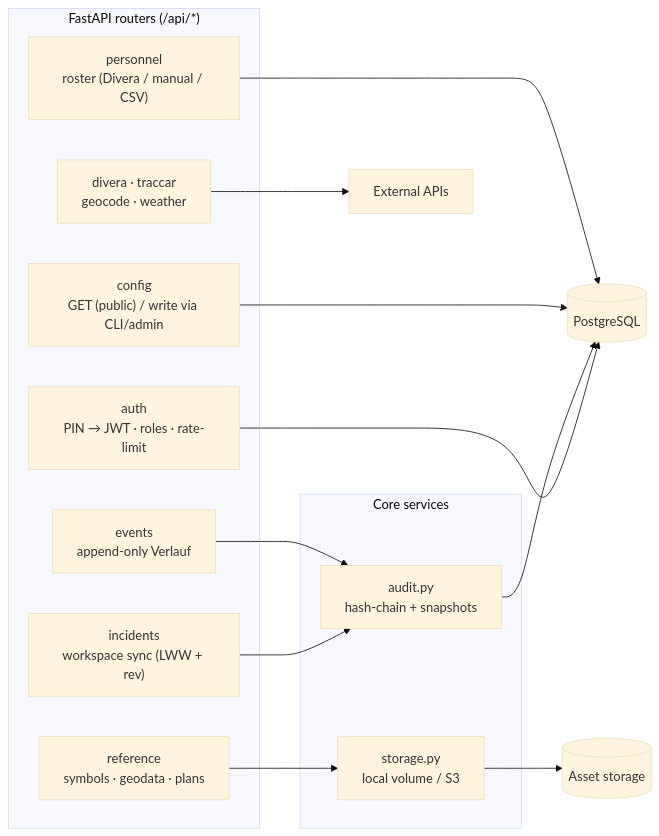
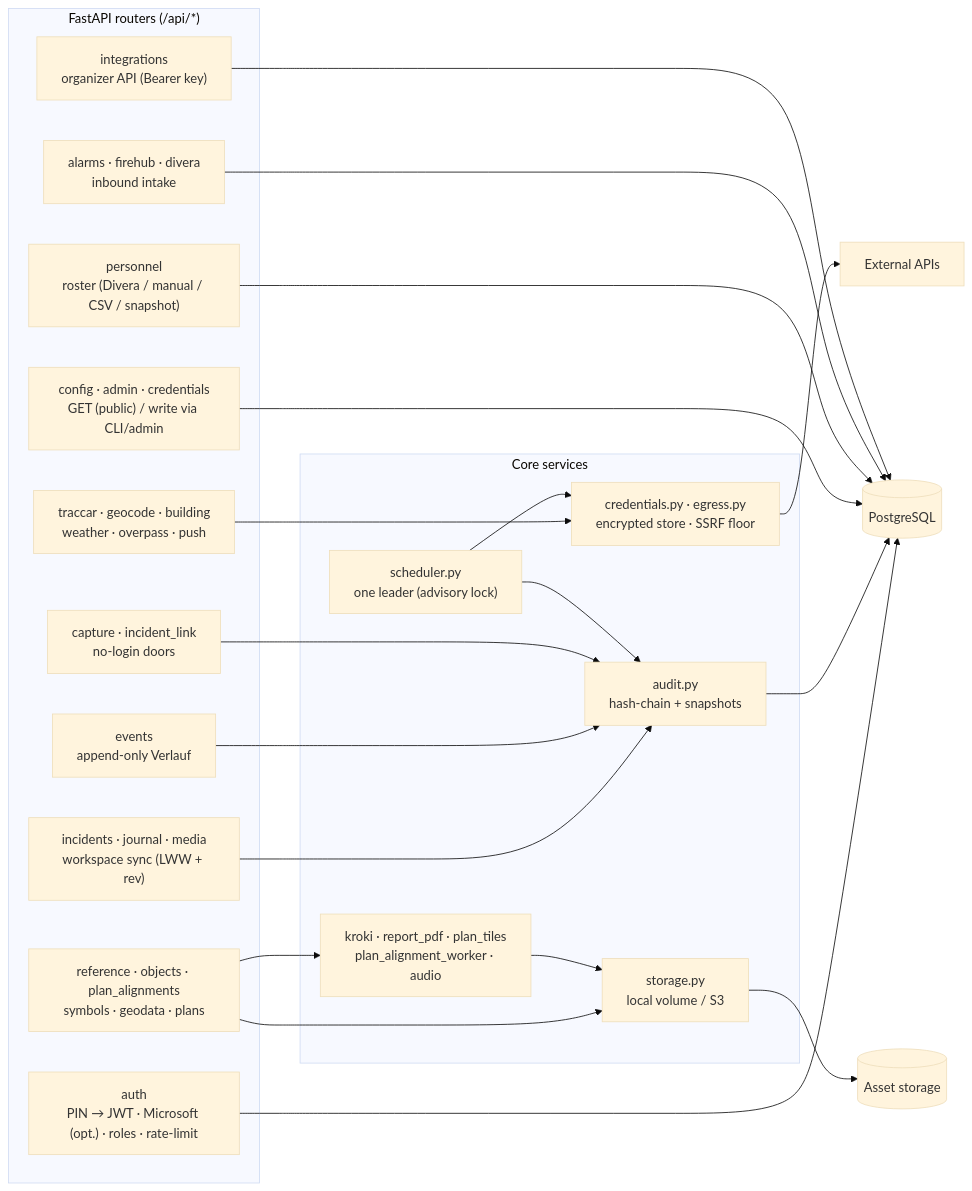
The second of 5 diagrams in docs/ARCHITECTURE.md (feuerwehr-oberwil/kp-front), drawn with Mermaid (base theme) before and after one commit. The commit also changed other lines of this file and 4 other files, not shown here.

First line of the commit message:
docs(architecture): add a one-page overview drawing and bring ARCHITECTURE.md up to date

````diff
--- a/docs/ARCHITECTURE.md
+++ b/docs/ARCHITECTURE.md
@@ -74,29 +120,41 @@
 ```mermaid
 flowchart LR
   subgraph EDGE["FastAPI routers (/api/*)"]
-    AUTH["auth<br/>PIN → JWT · roles · rate-limit"]
-    INC["incidents<br/>workspace sync (LWW + rev)"]
+    AUTH["auth<br/>PIN → JWT · Microsoft (opt.) · roles · rate-limit"]
+    INC["incidents · journal · media<br/>workspace sync (LWW + rev)"]
     EVT["events<br/>append-only Verlauf"]
-    CFG["config<br/>GET (public) / write via CLI/admin"]
-    REF["reference<br/>symbols · geodata · plans"]
-    PERS["personnel<br/>roster (Divera / manual / CSV)"]
-    INTEG["divera · traccar<br/>geocode · weather"]
+    CFG["config · admin · credentials<br/>GET (public) / write via CLI/admin"]
+    REF["reference · objects · plan_alignments<br/>symbols · geodata · plans"]
+    PERS["personnel<br/>roster (Divera / manual / CSV / snapshot)"]
+    INTAKE["alarms · firehub · divera<br/>inbound intake"]
+    DOORS["capture · incident_link<br/>no-login doors"]
+    ORGAPI["integrations<br/>organizer API (Bearer key)"]
+    PROXY["traccar · geocode · building<br/>weather · overpass · push"]
   end
 
   subgraph CORE["Core services"]
     AUD["audit.py<br/>hash-chain + snapshots"]
     STG["storage.py<br/>local volume / S3"]
+    REND["kroki · report_pdf · plan_tiles<br/>plan_alignment_worker · audio"]
+    CRED["credentials.py · egress.py<br/>encrypted store · SSRF floor"]
+    SCHED["scheduler.py<br/>one leader (advisory lock)"]
   end
 
   DB[("PostgreSQL")]
   FILES[("Asset storage")]
   EXTSVC["External APIs"]
 
   AUTH --> DB
   INC --> AUD --> DB
   EVT --> AUD
   CFG --> DB
   PERS --> DB
+  INTAKE --> DB
+  DOORS --> AUD
+  ORGAPI --> DB
   REF --> STG --> FILES
-  INTEG --> EXTSVC
+  REF --> REND --> STG
+  PROXY --> CRED --> EXTSVC
+  SCHED --> CRED
+  SCHED --> AUD
 ```
````
